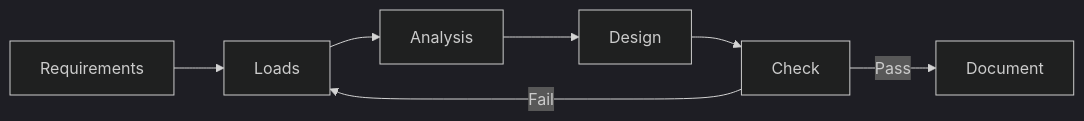
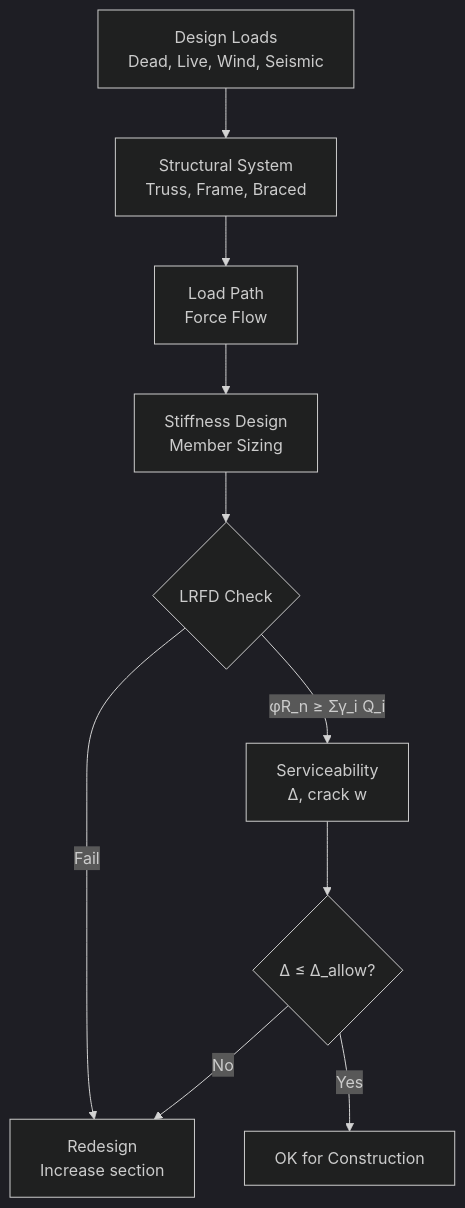
Before and after one commit to yip-lgtm/civil-bootcamp: the third of 7 diagrams in MIT_CEE_Core/Track_2_Mechanics_Materials/Structural_Design/03_1.036_Structural_Mechanics_and_Design.md, drawn with Mermaid (dark theme). The commit also changed other lines of this file and 21 other files, not shown here.

````diff
--- a/MIT_CEE_Core/Track_2_Mechanics_Materials/Structural_Design/03_1.036_Structural_Mechanics_and_Design.md
+++ b/MIT_CEE_Core/Track_2_Mechanics_Materials/Structural_Design/03_1.036_Structural_Mechanics_and_Design.md
@@ -180,9 +412,12 @@
 ```mermaid
-graph LR
-    A[Requirements] --> B[Loads]
-    B --> C[Analysis]
-    C --> D[Design]
-    D --> E[Check]
-    E -->|Fail| B
-    E -->|Pass| F[Document]
+flowchart TD
+    A[Design Loads<br/>Dead, Live, Wind, Seismic] --> B[Structural System<br/>Truss, Frame, Braced]
+    B --> C[Load Path<br/>Force Flow]
+    C --> D[Stiffness Design<br/>Member Sizing]
+    D --> E{LRFD Check}
+    E -->|φR_n ≥ Σγ_i Q_i| F[Serviceability<br/>Δ, crack w]
+    E -->|Fail| G[Redesign<br/>Increase section]
+    F --> H{Δ ≤ Δ_allow?}
+    H -->|No| G
+    H -->|Yes| I[OK for Construction]
 ```
````
